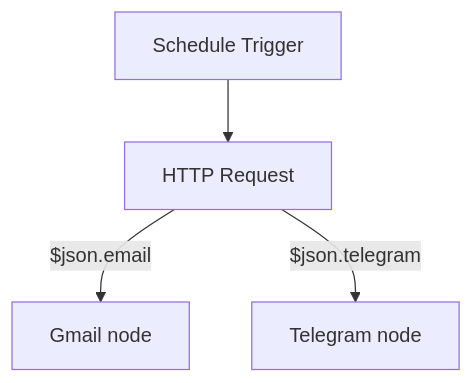
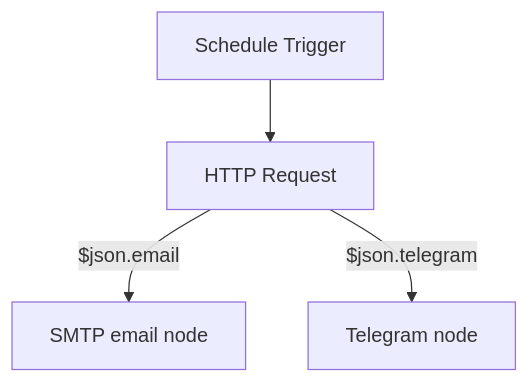
The sixth of 6 diagrams in docs/ARCHITECTURE.md (vbian88/news4legends), drawn with Mermaid before and after one commit. The commit also changed other lines of this file and 17 other files, not shown here.

````diff
--- a/docs/ARCHITECTURE.md
+++ b/docs/ARCHITECTURE.md
@@ -106,6 +106,6 @@
 ```mermaid
 flowchart TD
     S["Schedule Trigger"] --> H["HTTP Request"]
-    H -->|"$json.email"| G["Gmail node"]
+    H -->|"$json.email"| G["SMTP email node"]
     H -->|"$json.telegram"| T["Telegram node"]
 ```
````
